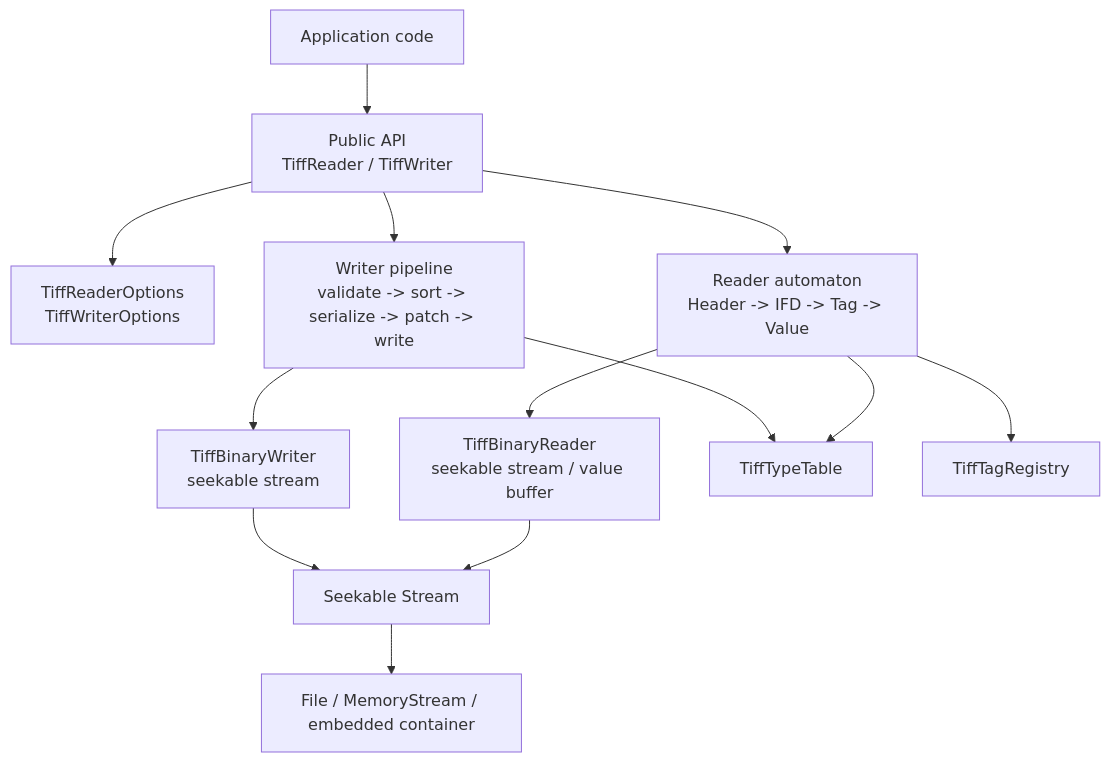
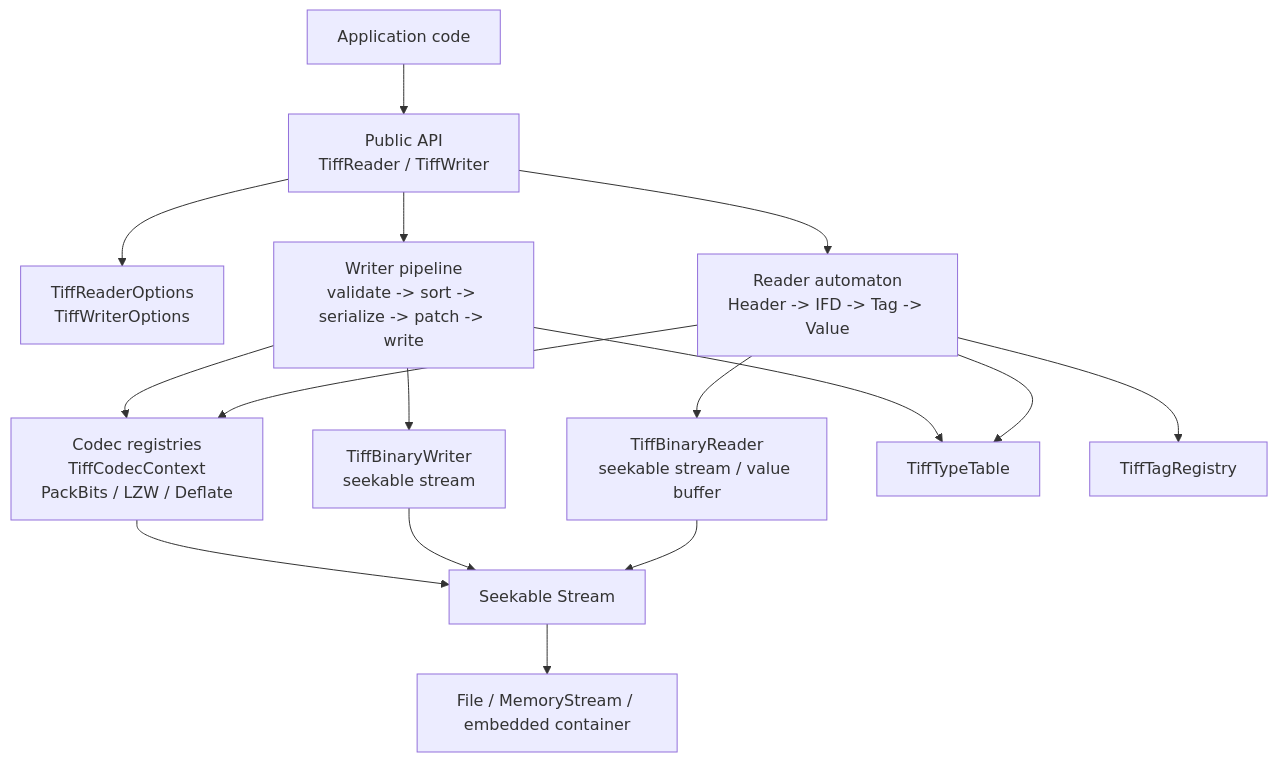
The first of 7 diagrams in sarafftiff/architecture.md (saraff-9EB1047A4BEB4cef8506B29BA325BD5A/saraff-9EB1047A4BEB4cef8506B29BA325BD5A.github.io), drawn with Mermaid before and after one commit. The commit also changed other lines of this file and 9 other files, not shown here.

````diff
--- a/sarafftiff/architecture.md
+++ b/sarafftiff/architecture.md
@@ -10,18 +10,22 @@
 ```mermaid
 flowchart TB
     App["Application code"] --> API["Public API<br/>TiffReader / TiffWriter"]
     API --> Options["TiffReaderOptions<br/>TiffWriterOptions"]
     API --> Reader["Reader automaton<br/>Header -> IFD -> Tag -> Value"]
     API --> Writer["Writer pipeline<br/>validate -> sort -> serialize -> patch -> write"]
 
     Reader --> BR["TiffBinaryReader<br/>seekable stream / value buffer"]
     Writer --> BW["TiffBinaryWriter<br/>seekable stream"]
 
+    Reader --> Codecs["Codec registries<br/>TiffCodecContext<br/>PackBits / LZW / Deflate"]
+    Writer --> Codecs
+
     Reader --> Types["TiffTypeTable"]
     Reader --> Tags["TiffTagRegistry"]
     Writer --> Types
 
     BR --> Stream["Seekable Stream"]
     BW --> Stream
+    Codecs --> Stream
     Stream --> Container["File / MemoryStream / embedded container"]
 ```
````
